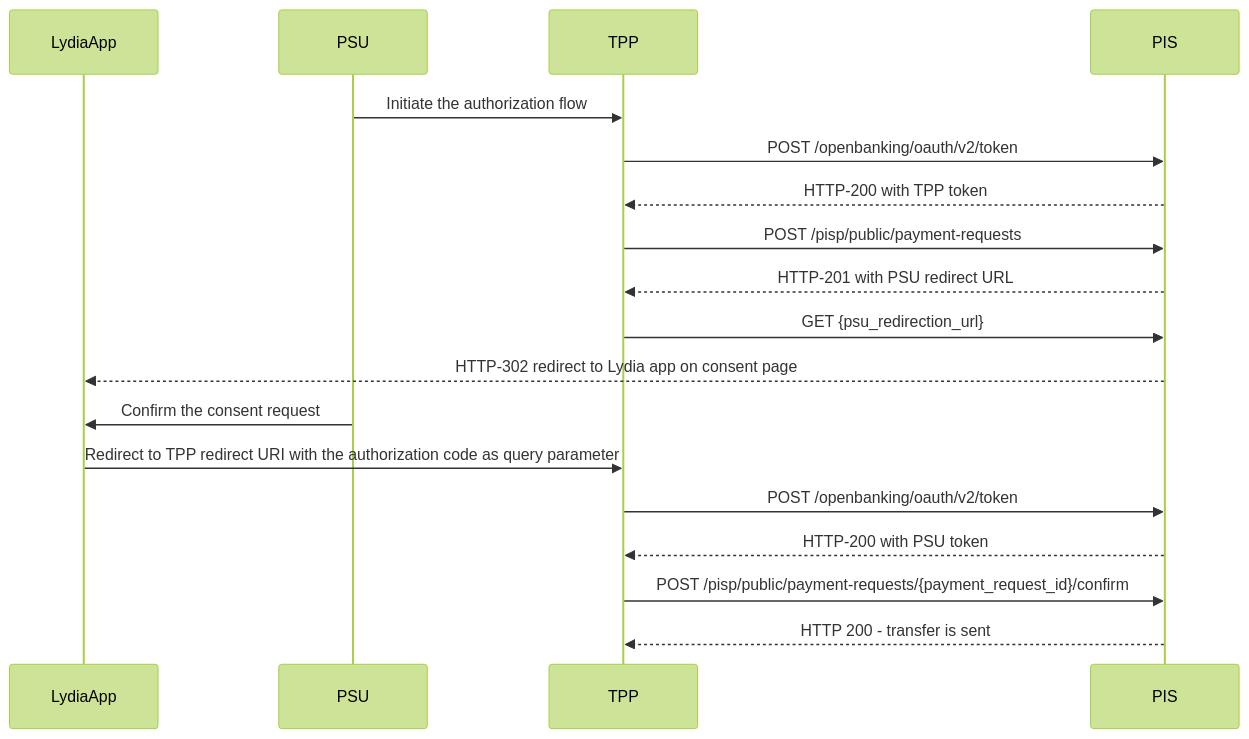
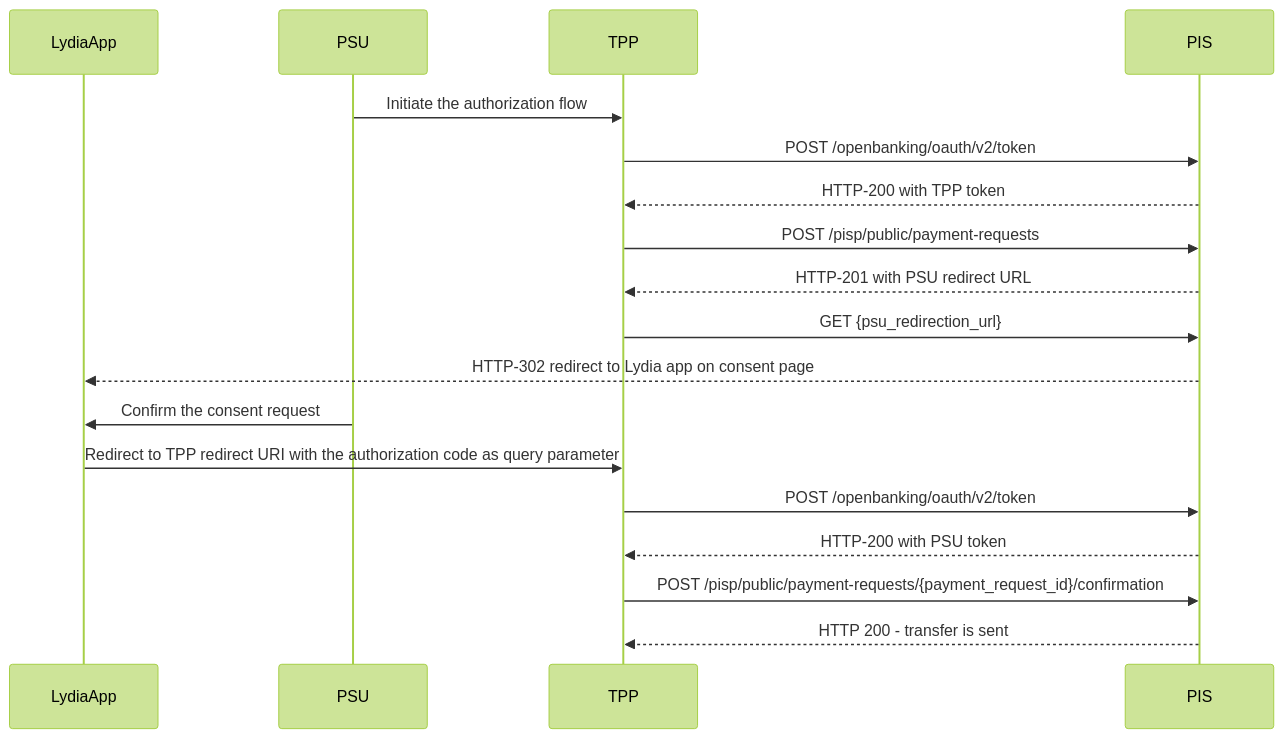
The diagram in doc/pis.md (LydiaSolutions/psd2-partner-documentation), drawn with Mermaid (forest theme) before and after one commit. The commit also changed other lines of this file, not shown here.

Commit message:
fix: update misdocumented confirmation endpoint path

````diff
--- a/doc/pis.md
+++ b/doc/pis.md
@@ -38,25 +38,25 @@
 ```mermaid
 sequenceDiagram
     participant LydiaApp
     participant PSU
     participant TPP
     participant PIS
 
     PSU ->> TPP: Initiate the authorization flow
     TPP ->> PIS: POST /openbanking/oauth/v2/token
     PIS -->> TPP: HTTP-200 with TPP token
     
     TPP ->> PIS: POST /pisp/public/payment-requests
     PIS -->> TPP: HTTP-201 with PSU redirect URL
 
     TPP ->> PIS: GET {psu_redirection_url}
     PIS -->> LydiaApp: HTTP-302 redirect to Lydia app on consent page
     PSU ->> LydiaApp: Confirm the consent request
     LydiaApp ->> TPP: Redirect to TPP redirect URI with the authorization code as query parameter
     
     TPP ->> PIS: POST /openbanking/oauth/v2/token
     PIS -->> TPP: HTTP-200 with PSU token
 
-    TPP ->> PIS: POST /pisp/public/payment-requests/{payment_request_id}/confirm
+    TPP ->> PIS: POST /pisp/public/payment-requests/{payment_request_id}/confirmation
     PIS -->> TPP: HTTP 200 - transfer is sent
 ```
````
